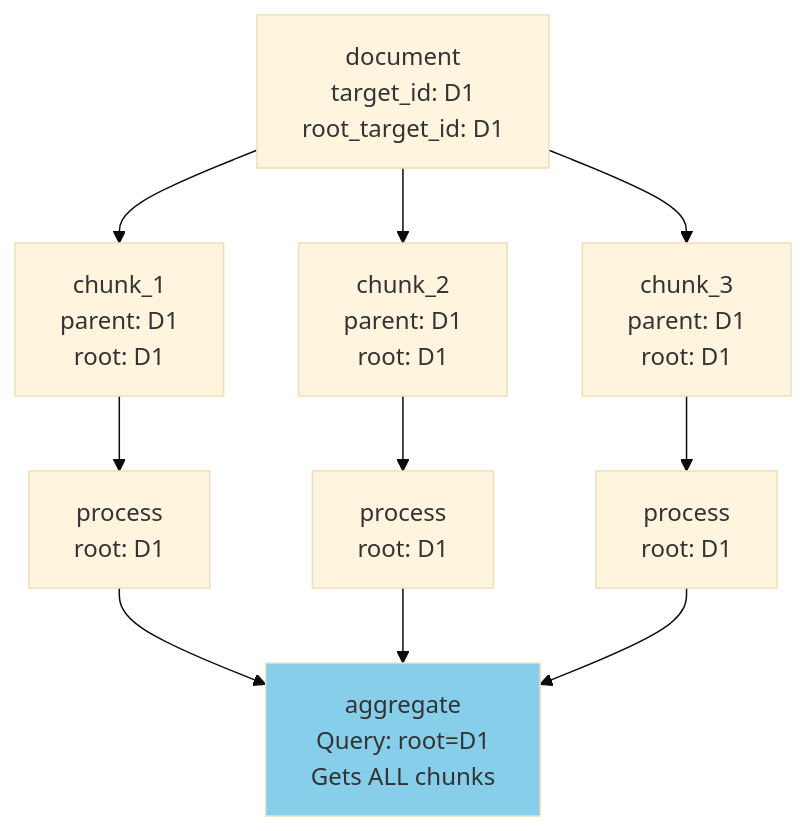
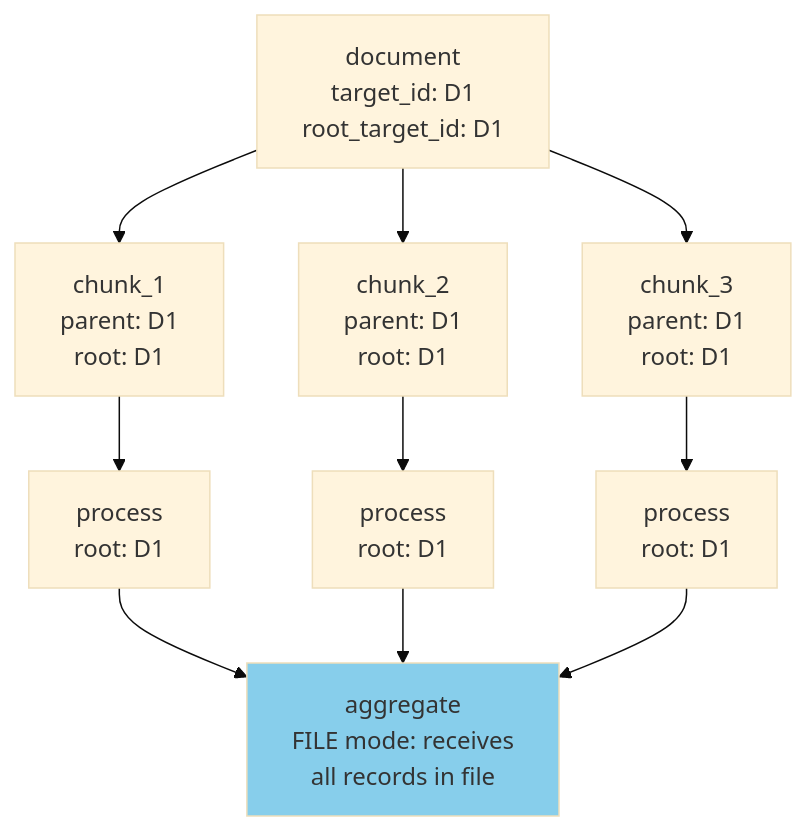
One commit to Muizzkolapo/agent-actions changed the fourth of 6 diagrams in agent_actions/skills/agent-actions-workflow/references/workflow-patterns.md. Above: the diagram before and after it, drawn with Mermaid (base theme). The commit also changed other lines of this file and 5 other files, not shown here.

````diff
--- a/agent_actions/skills/agent-actions-workflow/references/workflow-patterns.md
+++ b/agent_actions/skills/agent-actions-workflow/references/workflow-patterns.md
@@ -279,16 +279,16 @@
 ```mermaid
 flowchart TD
     DOC["document<br/>target_id: D1<br/>root_target_id: D1"] --> C1["chunk_1<br/>parent: D1<br/>root: D1"]
     DOC --> C2["chunk_2<br/>parent: D1<br/>root: D1"]
     DOC --> C3["chunk_3<br/>parent: D1<br/>root: D1"]
 
     C1 --> P1["process<br/>root: D1"]
     C2 --> P2["process<br/>root: D1"]
     C3 --> P3["process<br/>root: D1"]
 
-    P1 --> AGG["aggregate<br/>Query: root=D1<br/>Gets ALL chunks"]
+    P1 --> AGG["aggregate<br/>FILE mode: receives<br/>all records in file"]
     P2 --> AGG
     P3 --> AGG
 
     style AGG fill:#87CEEB
 ```
````
